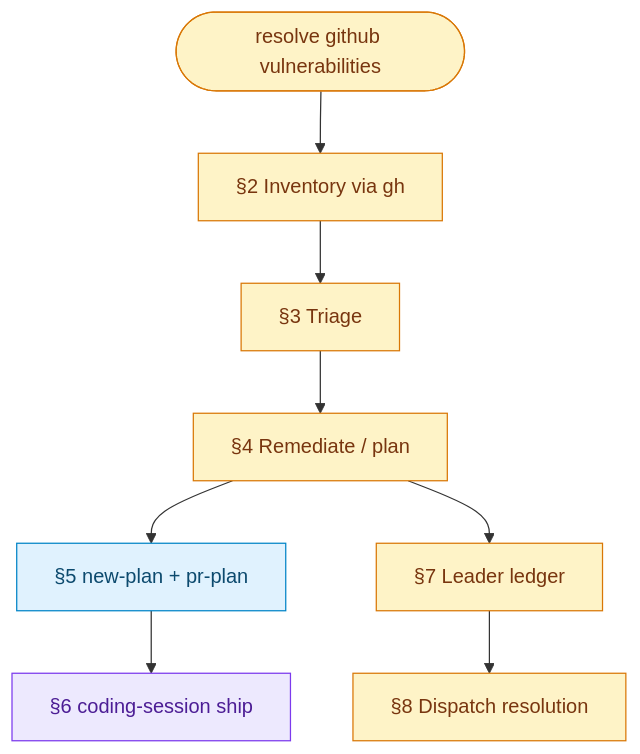
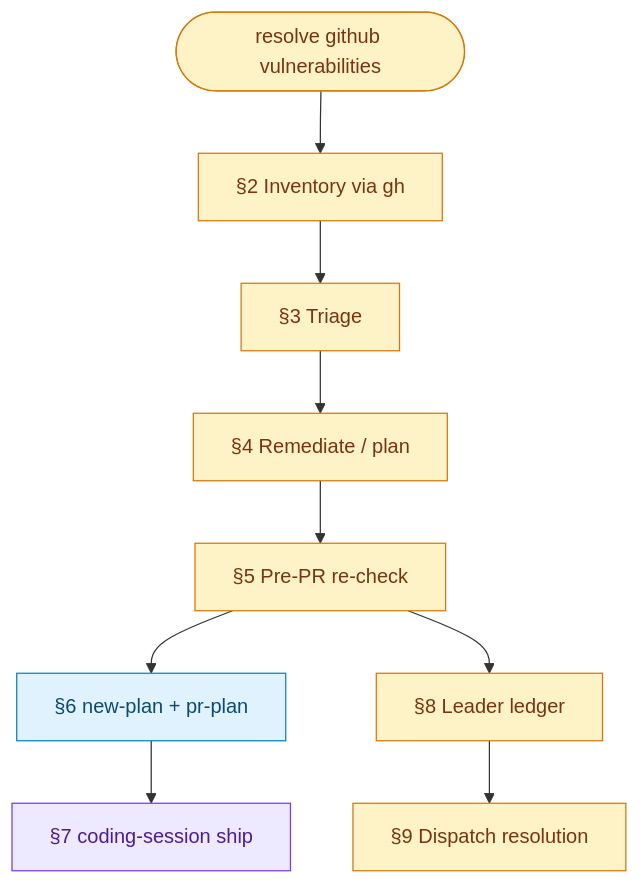
Before and after one commit to safebeat-sedea/software-development: the diagram in missions/resolving-github-vulnerabilities/plan.mdc, drawn with Mermaid. The commit also changed other lines of this file, not shown here.

First line of the commit message:
Add pre-PR vulnerability re-check before opening fix PRs.

````diff
--- a/missions/resolving-github-vulnerabilities/plan.mdc
+++ b/missions/resolving-github-vulnerabilities/plan.mdc
@@ -48,15 +49,16 @@
 ```mermaid
 flowchart TB
   classDef leader fill:#fef3c7,stroke:#d97706,color:#78350f
   classDef child fill:#e0f2fe,stroke:#0284c7,color:#0c4a6e
   classDef detached fill:#ede9fe,stroke:#7c3aed,color:#4c1d95
 
   CMD(["resolve github vulnerabilities"]):::leader
   CMD --> INV["§2 Inventory via gh"]:::leader
   INV --> TRI["§3 Triage"]:::leader
   TRI --> REM["§4 Remediate / plan"]:::leader
-  REM --> PLAN["§5 new-plan + pr-plan"]:::child
-  PLAN --> CS["§6 coding-session ship"]:::detached
-  REM --> LED["§7 Leader ledger"]:::leader
-  LED --> RES["§8 Dispatch resolution"]:::leader
+  REM --> RECHECK["§5 Pre-PR re-check"]:::leader
+  RECHECK --> PLAN["§6 new-plan + pr-plan"]:::child
+  PLAN --> CS["§7 coding-session ship"]:::detached
+  RECHECK --> LED["§8 Leader ledger"]:::leader
+  LED --> RES["§9 Dispatch resolution"]:::leader
 ```
````
